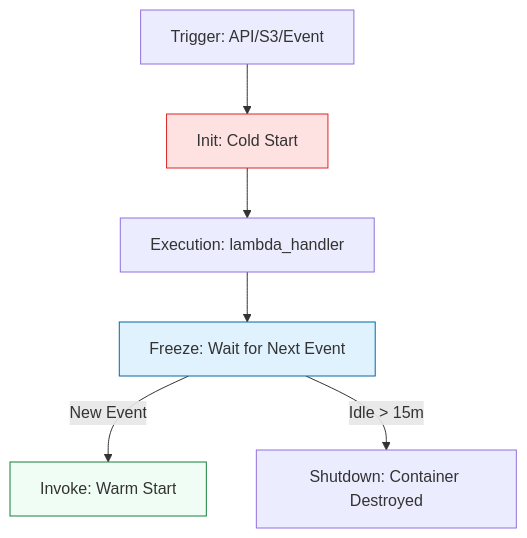
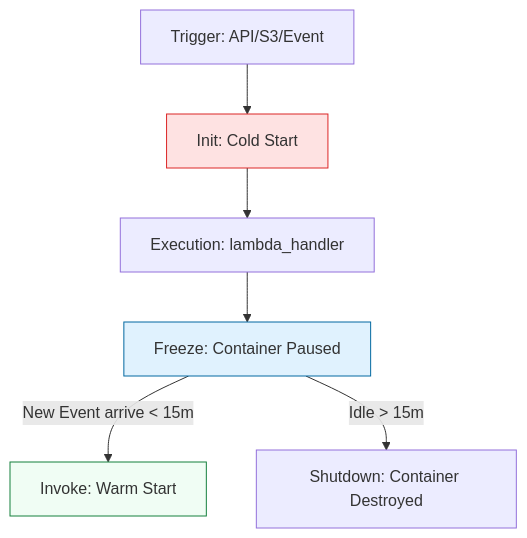
The diagram in 2-Intermediate/02-Phase-2/01-Infrastructure-Automation/01-Scripting-Automation/02-Python-for-Infrastructure/03-Part-3-The-Building-Blocks/02-Serverless-and-Lambda/01-Lambda-Foundations/README.md (Ganil151/Devops), drawn with Mermaid before and after one commit. The commit also changed other lines of this file and 490 other files, not shown here.

````diff
--- a/2-Intermediate/02-Phase-2/01-Infrastructure-Automation/01-Scripting-Automation/02-Python-for-Infrastructure/03-Part-3-The-Building-Blocks/02-Serverless-and-Lambda/01-Lambda-Foundations/README.md
+++ b/2-Intermediate/02-Phase-2/01-Infrastructure-Automation/01-Scripting-Automation/02-Python-for-Infrastructure/03-Part-3-The-Building-Blocks/02-Serverless-and-Lambda/01-Lambda-Foundations/README.md
@@ -25,12 +38,12 @@
 ```mermaid
 graph TD
     A[Trigger: API/S3/Event] --> B[Init: Cold Start]
     B --> C[Execution: lambda_handler]
-    C --> D[Freeze: Wait for Next Event]
-    D -- New Event --> E[Invoke: Warm Start]
+    C --> D[Freeze: Container Paused]
+    D -- New Event arrive < 15m --> E[Invoke: Warm Start]
     D -- Idle > 15m --> F[Shutdown: Container Destroyed]
     
     style B fill:#fee2e2,stroke:#dc2626
     style E fill:#f0fdf4,stroke:#15803d
     style D fill:#e0f2fe,stroke:#0369a1
 ```
````
